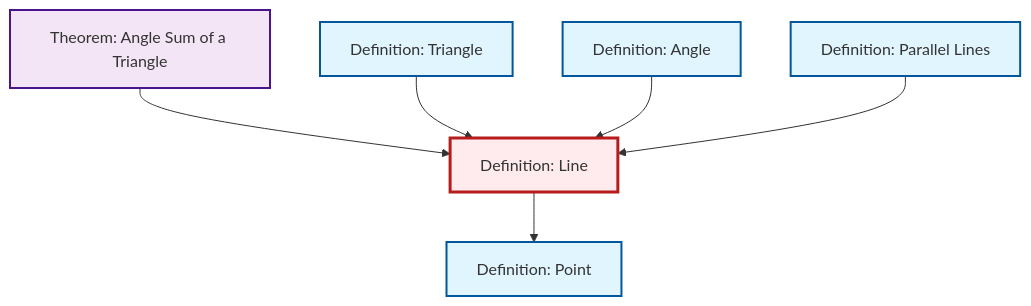
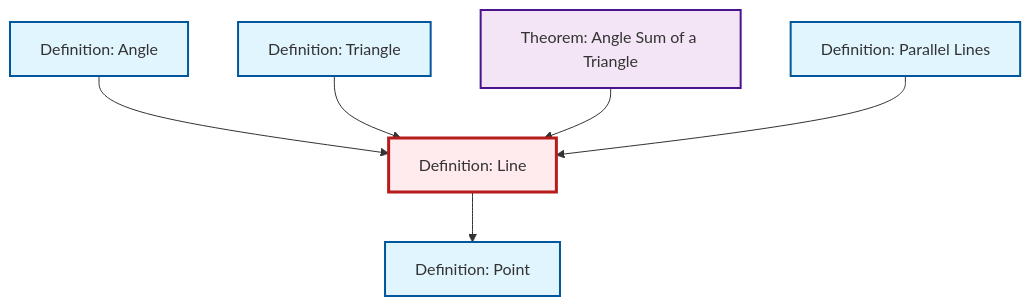
The diagram in content/ja/geometry/def-line.qmd (RK0429/ModernMath), drawn with Mermaid before and after one commit. The commit also changed other lines of this file and 434 other files, not shown here.

````diff
--- a/content/ja/geometry/def-line.qmd
+++ b/content/ja/geometry/def-line.qmd
@@ -46,26 +46,26 @@
 ```{mermaid}
 %%| fig-cap: "Local dependency graph"
 graph TD
     classDef definition fill:#e1f5fe,stroke:#01579b,stroke-width:2px
     classDef theorem fill:#f3e5f5,stroke:#4a148c,stroke-width:2px
     classDef axiom fill:#fff3e0,stroke:#e65100,stroke-width:2px
     classDef example fill:#e8f5e9,stroke:#1b5e20,stroke-width:2px
     classDef current fill:#ffebee,stroke:#b71c1c,stroke-width:3px
+    thm-angle-sum-triangle["Theorem: Angle Sum of a Triangle"]:::theorem
+    def-line["Definition: Line"]:::definition
+    def-triangle["Definition: Triangle"]:::definition
+    def-angle["Definition: Angle"]:::definition
     def-parallel["Definition: Parallel Lines"]:::definition
     def-point["Definition: Point"]:::definition
-    thm-angle-sum-triangle["Theorem: Angle Sum of a Triangle"]:::theorem
-    def-triangle["Definition: Triangle"]:::definition
-    def-angle["Definition: Angle"]:::definition
-    def-line["Definition: Line"]:::definition
+    def-angle --> def-line
+    def-triangle --> def-line
     thm-angle-sum-triangle --> def-line
-    def-triangle --> def-line
     def-line --> def-point
-    def-angle --> def-line
     def-parallel --> def-line
     class def-line current
-    click def-parallel "def-parallel.html" "Definition: Parallel Linesへ"
-    click def-point "def-point.html" "Definition: Pointへ"
     click thm-angle-sum-triangle "thm-angle-sum-triangle.html" "Theorem: Angle Sum of a Triangleへ"
     click def-triangle "def-triangle.html" "Definition: Triangleへ"
     click def-angle "def-angle.html" "Definition: Angleへ"
+    click def-parallel "def-parallel.html" "Definition: Parallel Linesへ"
+    click def-point "def-point.html" "Definition: Pointへ"
 ```
````
